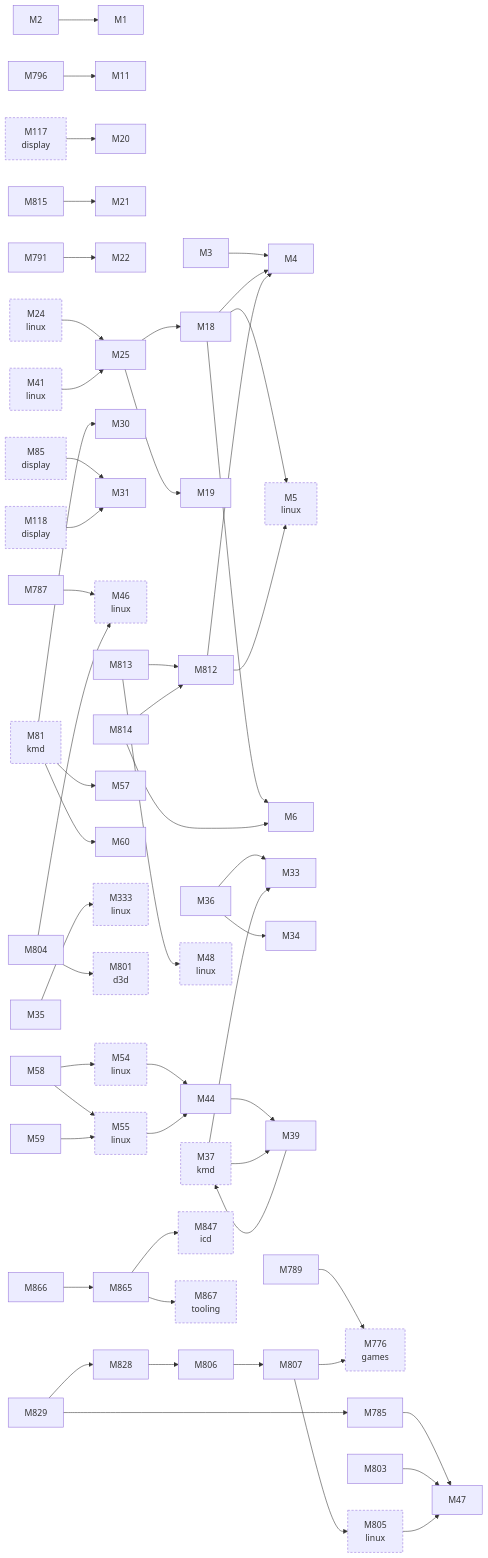
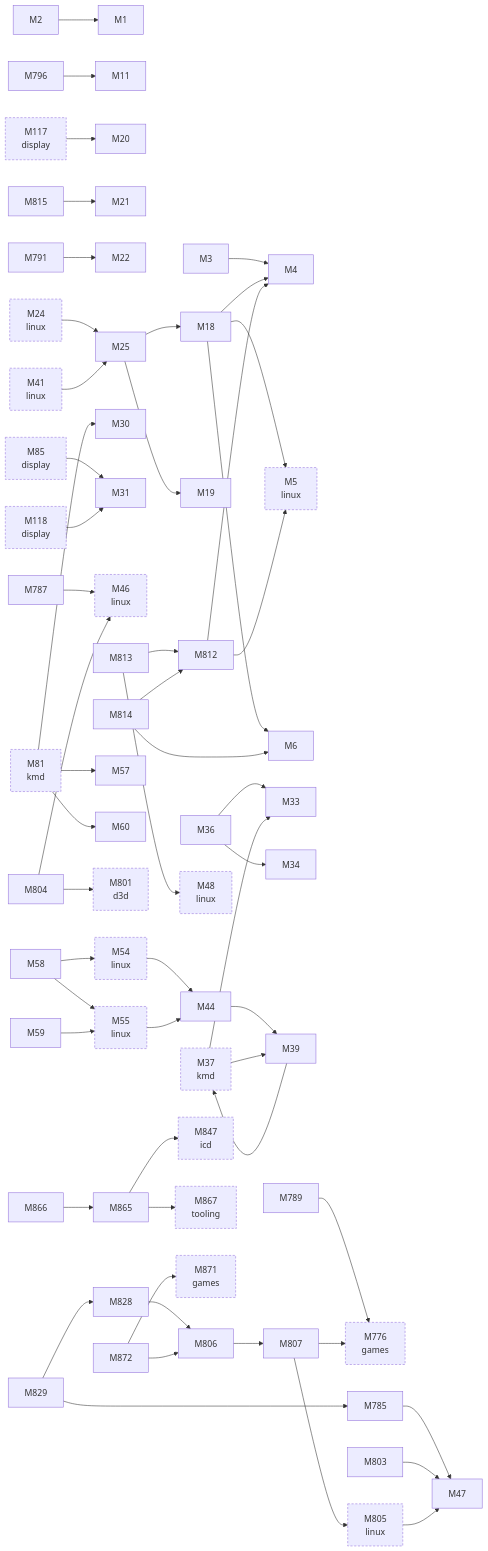
The second of 3 diagrams in docs/facts/graphs/hardware.md (D-Ogi/amdgpu-wddm), drawn with Mermaid before and after one commit. The commit also changed 81 other files, not shown here.

````diff
--- a/docs/facts/graphs/hardware.md
+++ b/docs/facts/graphs/hardware.md
@@ -91,7 +91,6 @@
   M31["M31"]
   M33["M33"]
   M34["M34"]
-  M35["M35"]
   M36["M36"]
   M37["M37<br/>kmd"]
   M39["M39"]
@@ -110,7 +109,6 @@
   M85["M85<br/>display"]
   M117["M117<br/>display"]
   M118["M118<br/>display"]
-  M333["M333<br/>linux"]
   M776["M776<br/>games"]
   M785["M785"]
   M787["M787"]
@@ -133,6 +131,8 @@
   M865["M865"]
   M866["M866"]
   M867["M867<br/>tooling"]
+  M871["M871<br/>games"]
+  M872["M872"]
   M2 --> M1
   M3 --> M4
   M18 --> M4
@@ -140,7 +140,6 @@
   M18 --> M6
   M25 --> M18
   M25 --> M19
-  M35 --> M333
   M36 --> M33
   M36 --> M34
   M39 --> M37
@@ -172,6 +171,8 @@
   M865 --> M847
   M865 --> M867
   M866 --> M865
+  M872 --> M806
+  M872 --> M871
   M37 --> M33
   M37 --> M39
   M81 --> M30
@@ -186,5 +187,5 @@
   M55 --> M44
   M805 --> M47
   classDef other stroke-dasharray:4 3
-  class M5,M24,M37,M41,M46,M48,M54,M55,M81,M85,M117,M118,M333,M776,M801,M805,M847,M867 other
+  class M5,M24,M37,M41,M46,M48,M54,M55,M81,M85,M117,M118,M776,M801,M805,M847,M867,M871 other
 ```
````
